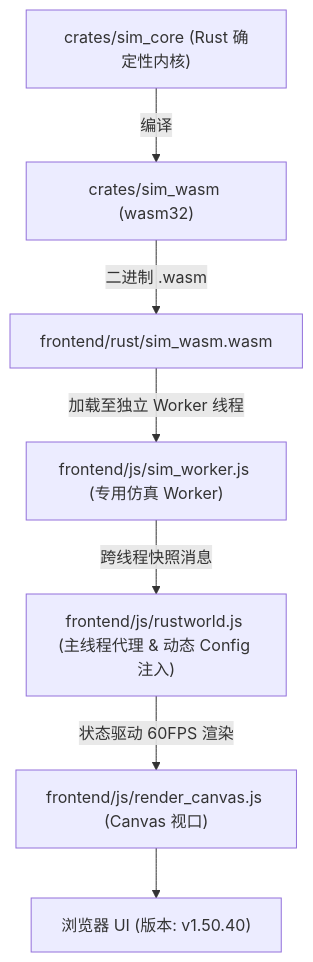
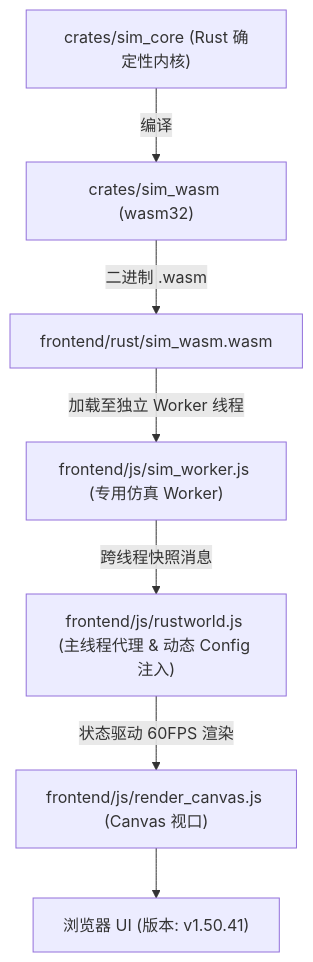
One commit to g39088902/FlowAndAccord changed the diagram in AGENTS.md. Above: the diagram before and after it, drawn with Mermaid. The commit also changed other lines of this file and 16 other files, not shown here.

````diff
--- a/AGENTS.md
+++ b/AGENTS.md
@@ -61,9 +61,9 @@
 ```mermaid
 graph TD
     A["crates/sim_core (Rust 确定性内核)"] -->|编译| B["crates/sim_wasm (wasm32)"]
     B -->|二进制 .wasm| C["frontend/rust/sim_wasm.wasm"]
     C -->|加载至独立 Worker 线程| D["frontend/js/sim_worker.js (专用仿真 Worker)"]
     D -->|跨线程快照消息| E["frontend/js/rustworld.js (主线程代理 & 动态 Config 注入)"]
     E -->|状态驱动 60FPS 渲染| F["frontend/js/render_canvas.js (Canvas 视口)"]
-    F --> G["浏览器 UI (版本: v1.50.40)"]
+    F --> G["浏览器 UI (版本: v1.50.41)"]
 ```
````
